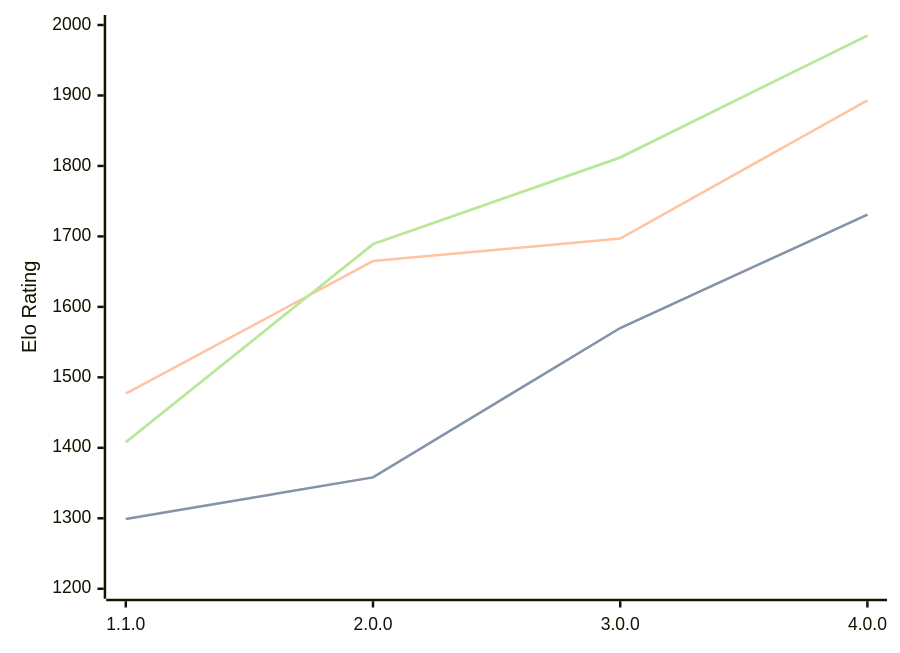
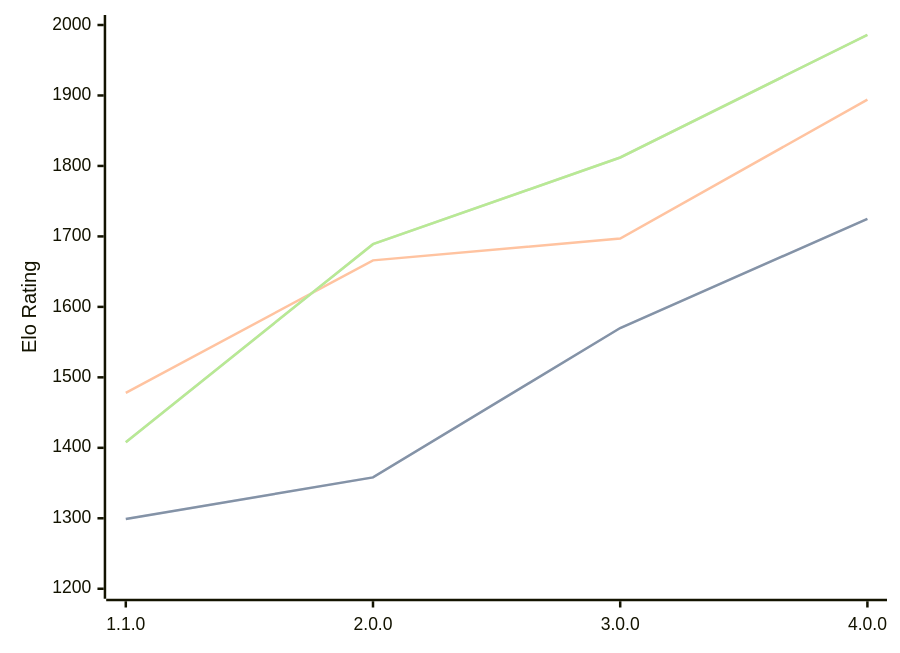
The diagram in engines/Laura.md (computer-chess-index/cci), drawn with Mermaid before and after one commit. The commit also changed other lines of this file, not shown here.

Commit message:
Update CCI Ratings (ELO VLTC) - 2026-09-14

````diff
--- a/engines/Laura.md
+++ b/engines/Laura.md
@@ -34,11 +34,11 @@
 ```mermaid
 %%{init: {"theme":"base","themeVariables":{"seriesColors:['#a3a3a3','#222221','#faa371']}}}%%
 xychart-beta
   x-axis ["1.1.0", "2.0.0", "3.0.0", "4.0.0"]
   y-axis "Elo Rating" 1200 --> 2000
-  line "" [1299, 1358, 1570, 1731]
-  line "STC (8.0+0.08s)" [1299, 1358, 1570, 1731]
-  line "LTC (60.0+0.60s)" [1477, 1665, 1697, 1893]
-  line "" [1408, 1689, 1812, 1985]
-  line "VLTC (2m24s+1.12s)" [1408, 1689, 1812, 1985]
+  line "" [1299, 1358, 1570, 1725]
+  line "STC (8.0+0.08s)" [1299, 1358, 1570, 1725]
+  line "LTC (60.0+0.60s)" [1478, 1666, 1697, 1894]
+  line "" [1408, 1689, 1812, 1986]
+  line "VLTC (2m24s+1.12s)" [1408, 1689, 1812, 1986]
 ```
````
